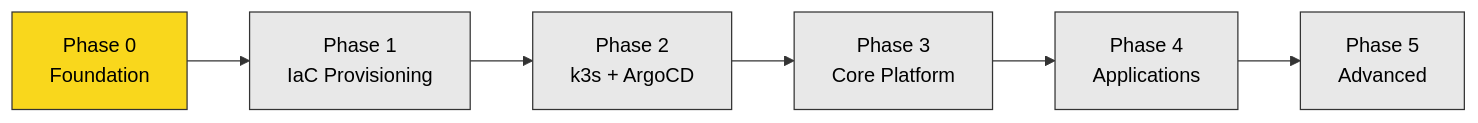
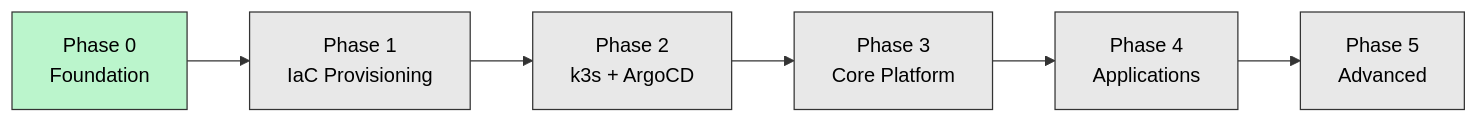
One commit to aalhabli/iac-kubernetes-homelab changed the diagram in docs/roadmap.md. Above: the diagram before and after it, drawn with Mermaid. The commit also changed other lines of this file and 1 other file, not shown here.

````diff
--- a/docs/roadmap.md
+++ b/docs/roadmap.md
@@ -22,15 +22,15 @@
 ```mermaid
 graph LR
     P0["Phase 0<br/>Foundation"] --> P1["Phase 1<br/>IaC Provisioning"]
     P1 --> P2["Phase 2<br/>k3s + ArgoCD"]
     P2 --> P3["Phase 3<br/>Core Platform"]
     P3 --> P4["Phase 4<br/>Applications"]
     P4 --> P5["Phase 5<br/>Advanced"]
 
-    style P0 fill:#f9d71c,stroke:#333,color:#000
+    style P0 fill:#bbf5cc,stroke:#333,color:#000
     style P1 fill:#e8e8e8,stroke:#333,color:#000
     style P2 fill:#e8e8e8,stroke:#333,color:#000
     style P3 fill:#e8e8e8,stroke:#333,color:#000
     style P4 fill:#e8e8e8,stroke:#333,color:#000
     style P5 fill:#e8e8e8,stroke:#333,color:#000
 ```
````
